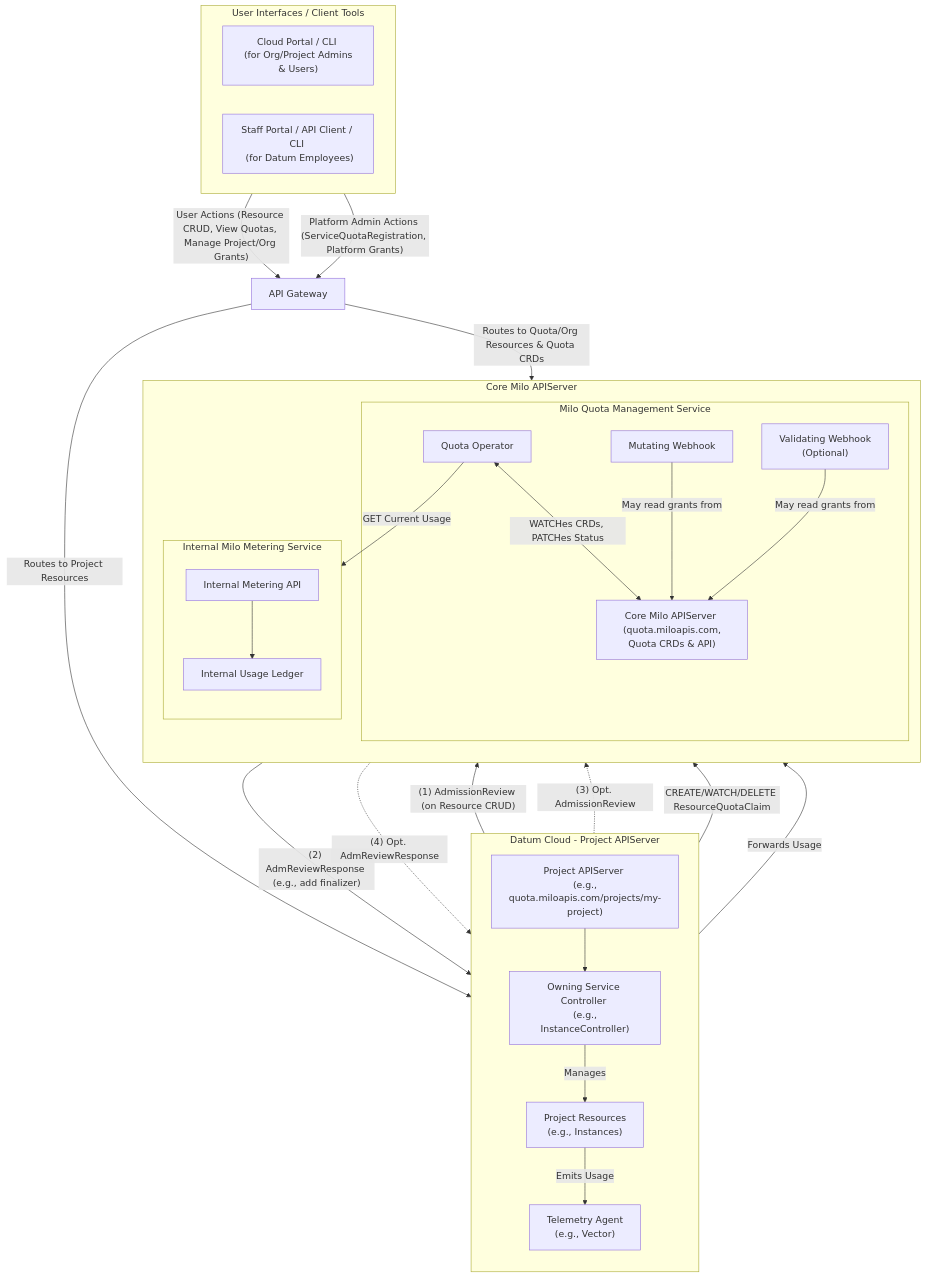
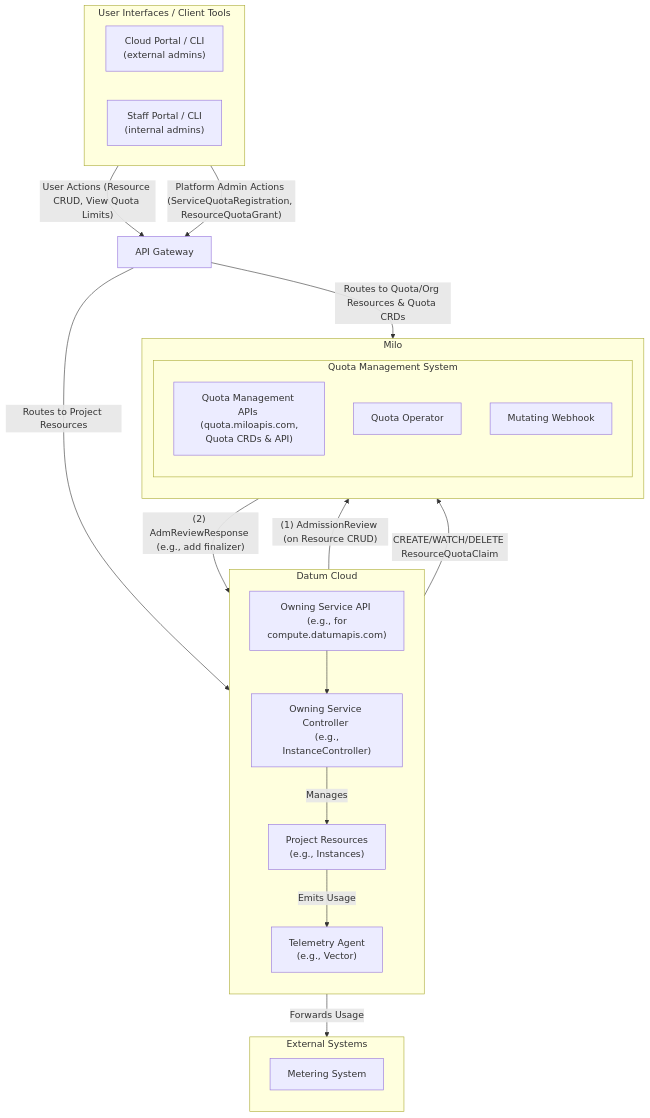
Before and after one commit to datum-cloud/enhancements: the second of 7 diagrams in enhancements/platform/quota-management/README.md, drawn with Mermaid. The commit also changed other lines of this file, not shown here.

Commit message:
enh(quota): makes various updates to proposal

````diff
--- a/enhancements/platform/quota-management/README.md
+++ b/enhancements/platform/quota-management/README.md
@@ -1251,67 +1287,54 @@
 ```mermaid
 %% C2 - Container Diagram: Milo Quota Management System & Interactions
 flowchart TD
     subgraph UserInterfaces ["User Interfaces / Client Tools"]
         direction LR
-        PortalCLI["Cloud Portal / CLI <br> (for Org/Project Admins & Users)"]
-        DatumAdminTools["Staff Portal / API Client / CLI <br> (for Datum Employees)"]
+        PortalCLI["Cloud Portal / CLI <br> (external admins)"]
+        DatumAdminTools["Staff Portal / CLI <br> (internal admins)"]
     end
 
     APIGateway["API Gateway"]
 
-    subgraph DatumCloudPCP ["Datum Cloud - Project APIServer"]
+    subgraph OwningServiceInfra ["Datum Cloud"]
         direction TB
-        ProjectAPIServerInstance["Project APIServer <br> (e.g., quota.miloapis.com/projects/my-project)"]
+        OwningServiceAPI["Owning Service API <br> (e.g., for compute.datumapis.com)"]
         OwningServiceController["Owning Service Controller <br> (e.g., InstanceController)"]
         ActualResource["Project Resources <br> (e.g., Instances)"]
         TelemetryPipeline["Telemetry Agent <br> (e.g., Vector)"]
 
-        ProjectAPIServerInstance --> OwningServiceController
+        OwningServiceAPI --> OwningServiceController
         OwningServiceController -- "Manages" --> ActualResource
         ActualResource -- "Emits Usage" --> TelemetryPipeline
     end
 
-    subgraph MiloMCP ["Core Milo APIServer"]
+    subgraph CentralQuotaInfra ["Milo"]
         direction TB
-        subgraph QuotaSvc ["Milo Quota Management Service"]
-            CoreMiloAPIServer["Core Milo APIServer <br> (quota.miloapis.com, Quota CRDs & API)"]
+        subgraph QuotaSvc ["Quota Management System"]
+            QuotaMgmtAPI["Quota Management APIs <br> (quota.miloapis.com, Quota CRDs & API)"]
             QuotaOperator["Quota Operator"]
             MiloMutatingWebhook["Mutating Webhook"]
-            MiloValidatingWebhook["Validating Webhook <br> (Optional)"]
-        end
-        subgraph InternalMiloMetering ["Internal Milo Metering Service"]
-            direction TB
-            InternalMeteringAPI["Internal Metering API"]
-            InternalUsageLedger["Internal Usage Ledger"]
-            InternalMeteringAPI --> InternalUsageLedger
         end
     end
 
+    subgraph ExternalSystems["External Systems"]
+        direction TB
+        MeteringSystem["Metering System"]
+    end
+
+    TelemetryPipeline -- "Forwards Usage" --> MeteringSystem
+
     %% User/Admin Request Flows via API Gateway
-    PortalCLI -- "User Actions (Resource CRUD, View Quotas, Manage Project/Org Grants)" --> APIGateway
-    DatumAdminTools -- "Platform Admin Actions (ServiceQuotaRegistration, Platform Grants)" --> APIGateway
+    PortalCLI -- "User Actions (Resource CRUD, View Quota Limits)" --> APIGateway
+    DatumAdminTools -- "Platform Admin Actions (ServiceQuotaRegistration, ResourceQuotaGrant)" --> APIGateway
 
-    APIGateway -- "Routes to Project Resources" --> ProjectAPIServerInstance
-    APIGateway -- "Routes to Quota/Org Resources & Quota CRDs" --> CoreMiloAPIServer
+    APIGateway -- "Routes to Project Resources" --> OwningServiceAPI
+    APIGateway -- "Routes to Quota/Org Resources & Quota CRDs" --> QuotaMgmtAPI
 
 
     %% Admission Control Flow (Controller-Driven: Mutating Webhook for Finalizers)
-    ProjectAPIServerInstance -- "(1) AdmissionReview (on Resource CRUD)" --> MiloMutatingWebhook
-    MiloMutatingWebhook -- "(2) AdmReviewResponse (e.g., add finalizer)" --> ProjectAPIServerInstance
-    ProjectAPIServerInstance -. "(3) Opt. AdmissionReview" .-> MiloValidatingWebhook
-    MiloValidatingWebhook -. "(4) Opt. AdmReviewResponse" .-> ProjectAPIServerInstance
+    OwningServiceAPI -- "(1) AdmissionReview (on Resource CRUD)" --> MiloMutatingWebhook
+    MiloMutatingWebhook -- "(2) AdmReviewResponse (e.g., add finalizer)" --> OwningServiceAPI
 
-    %% Owning Service Controller creating claims in Core Milo APIServer
-    OwningServiceController -- "CREATE/WATCH/DELETE ResourceQuotaClaim" --> CoreMiloAPIServer
-
-    %% Quota Operator Logic
-    QuotaOperator -- "WATCHes CRDs, PATCHes Status" <--> CoreMiloAPIServer
-    MiloMutatingWebhook -- "May read grants from" --> CoreMiloAPIServer
-    MiloValidatingWebhook -- "May read grants from" --> CoreMiloAPIServer
-
-    QuotaOperator -- "GET Current Usage" --> InternalMeteringAPI
-
-    %% Telemetry Forwarding
-    TelemetryPipeline -- "Forwards Usage" --> InternalMeteringAPI
-
+    %% Owning Service Controller creating claims with Central Quota Service
+    OwningServiceController -- "CREATE/WATCH/DELETE ResourceQuotaClaim" --> QuotaMgmtAPI
 ```
````
